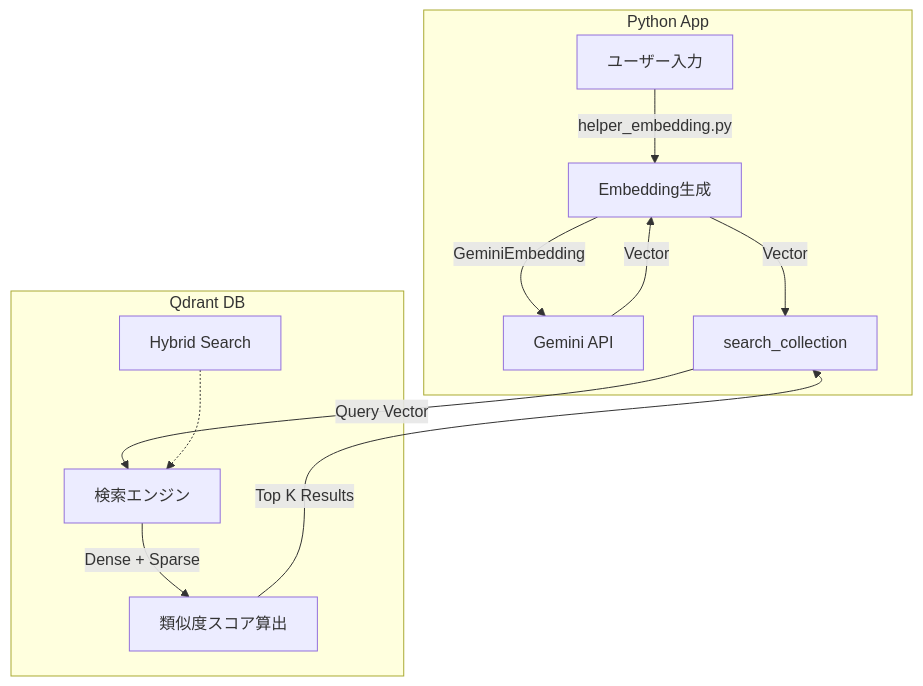
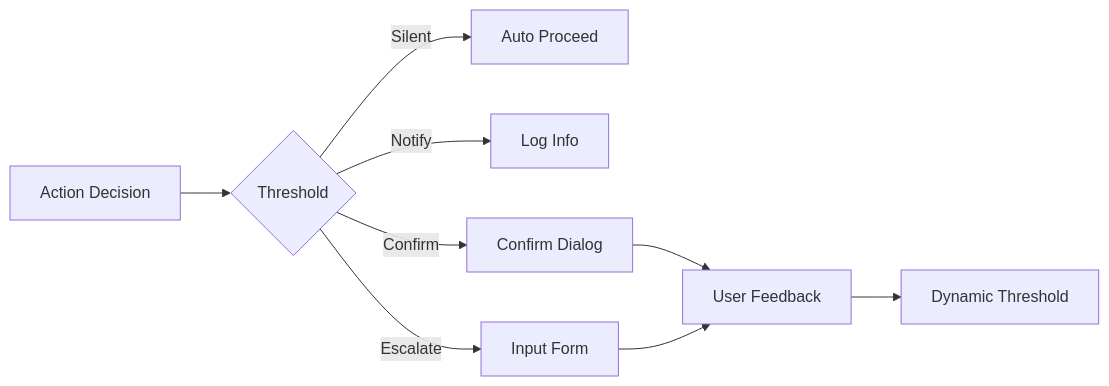
Before and after one commit to nakashima2toshio/gemini_grace_agent: the fifth of 6 diagrams in README.md, drawn with Mermaid. The commit also changed other lines of this file and 8 other files, not shown here.

````diff
--- a/README.md
+++ b/README.md
@@ -716,16 +134,12 @@
 ```mermaid
-graph TD
-    subgraph Python App
-        Query[ユーザー入力] --> |helper_embedding.py| Embed[Embedding生成]
-        Embed --> |GeminiEmbedding| API[Gemini API]
-        API --> |Vector| Embed
-        Embed --> |Vector| Search[search_collection]
-    end
-
-    subgraph Qdrant DB
-        Search --> |Query Vector| Engine[検索エンジン]
-        Config[Hybrid Search] -.-> Engine
-        Engine --> |Dense + Sparse| Score[類似度スコア算出]
-        Score --> |Top K Results| Search
-    end
+graph LR
+    Decision[Action Decision] --> Check{Threshold}
+    Check -->|Silent| Auto[Auto Proceed]
+    Check -->|Notify| Log[Log Info]
+    Check -->|Confirm| UI_Conf[Confirm Dialog]
+    Check -->|Escalate| UI_Input[Input Form]
+    
+    UI_Conf --> Feedback[User Feedback]
+    UI_Input --> Feedback
+    Feedback --> Adjuster[Dynamic Threshold]
 ```
````
